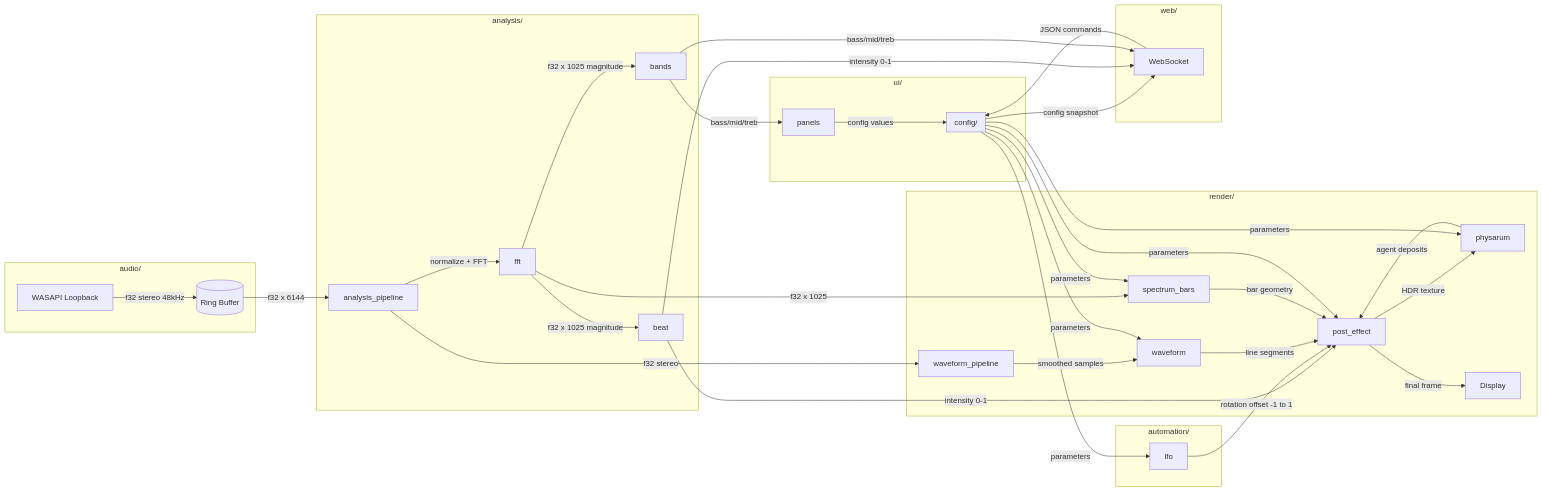
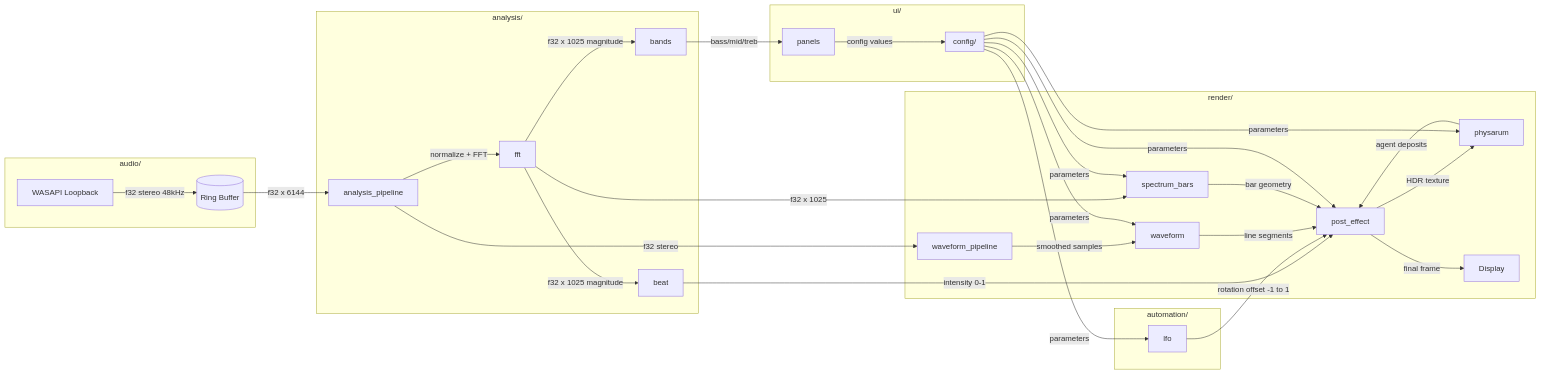
The diagram in docs/architecture.md (EvanLavender13/audio-jones), drawn with Mermaid before and after one commit. The commit also changed other lines of this file and 13 other files, not shown here.

First line of the commit message:
Remove web UI and HTTP/WebSocket server

````diff
--- a/docs/architecture.md
+++ b/docs/architecture.md
@@ -11,50 +11,43 @@
 ```mermaid
 flowchart LR
     subgraph Audio[audio/]
         WASAPI[WASAPI Loopback] -->|f32 stereo 48kHz| RB[(Ring Buffer)]
     end
 
     subgraph Analysis[analysis/]
         RB -->|f32 x 6144| AP[analysis_pipeline]
         AP -->|normalize + FFT| FFT[fft]
         FFT -->|f32 x 1025 magnitude| Beat[beat]
         FFT -->|f32 x 1025 magnitude| Bands[bands]
     end
 
     subgraph Automation[automation/]
         LFO[lfo]
     end
 
     subgraph Render[render/]
         AP -->|f32 stereo| WP[waveform_pipeline]
         WP -->|smoothed samples| WF[waveform]
         Beat -->|intensity 0-1| PE[post_effect]
         LFO -->|rotation offset -1 to 1| PE
         FFT -->|f32 x 1025| SB[spectrum_bars]
         WF -->|line segments| PE
         SB -->|bar geometry| PE
         PE -->|HDR texture| Physarum[physarum]
         Physarum -->|agent deposits| PE
         PE -->|final frame| Screen[Display]
     end
 
     subgraph UI[ui/]
         Panels[panels] -->|config values| Config
         Bands -->|bass/mid/treb| Panels
     end
 
-    subgraph Web[web/]
-        WS[WebSocket] -->|JSON commands| Config
-        Config -->|config snapshot| WS
-        Beat -->|intensity 0-1| WS
-        Bands -->|bass/mid/treb| WS
-    end
-
     subgraph Config[config/]
         Config -->|parameters| WF
         Config -->|parameters| PE
         Config -->|parameters| SB
         Config -->|parameters| LFO
         Config -->|parameters| Physarum
     end
 ```
````
